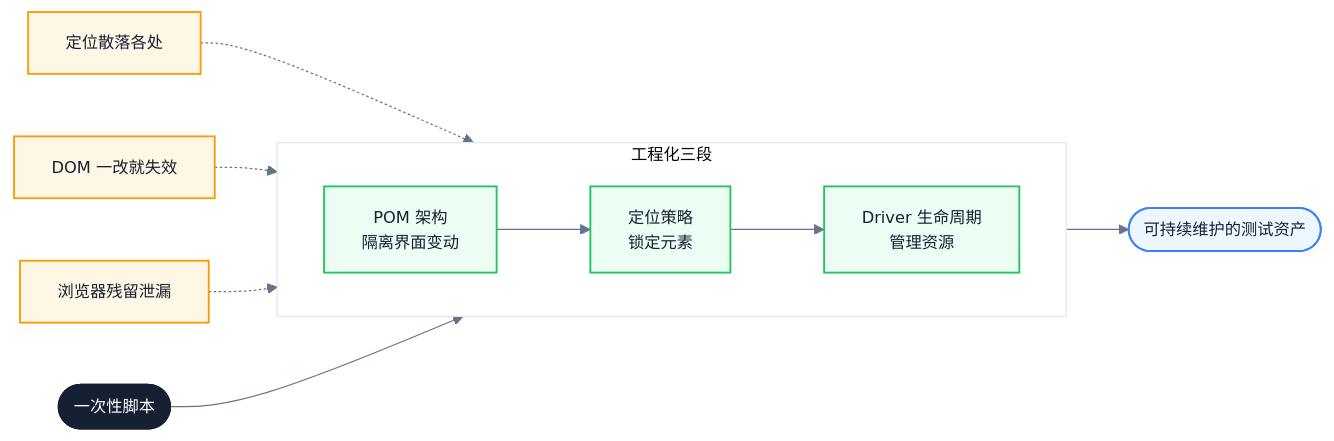
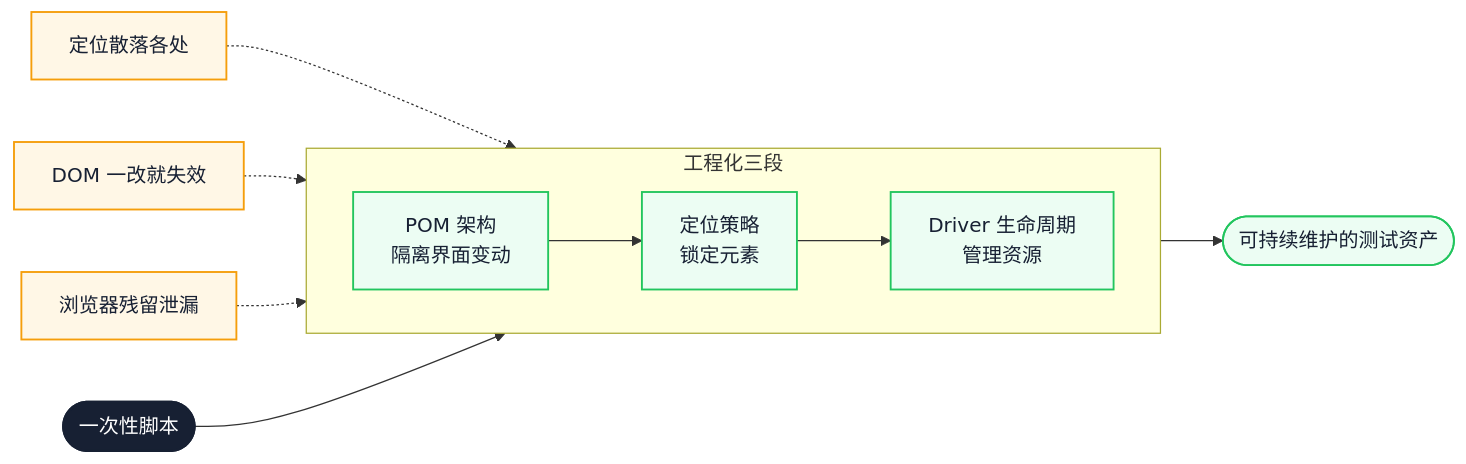
Before and after one commit to Fatejian/frontier-vault: the first of 4 diagrams in docs/testing/python-automation-testing-core-concepts.md, drawn with Mermaid. The commit also changed other lines of this file and 41 other files, not shown here.

````diff
--- a/docs/testing/python-automation-testing-core-concepts.md
+++ b/docs/testing/python-automation-testing-core-concepts.md
@@ -58,31 +56,28 @@
 ```mermaid
-%%{init: {'theme': 'base', 'themeVariables': {'fontFamily': 'Inter, PingFang SC, Microsoft YaHei, sans-serif', 'primaryColor': '#F8FAFC', 'primaryTextColor': '#172033', 'primaryBorderColor': '#CBD5E1', 'lineColor': '#64748B', 'fontSize': '13px'}}}%%
 flowchart LR
     Start([一次性脚本])
 
     subgraph Pipeline[工程化三段]
         direction LR
         S1["POM 架构<br/>隔离界面变动"]
         S2["定位策略<br/>锁定元素"]
         S3["Driver 生命周期<br/>管理资源"]
         S1 --> S2 --> S3
     end
 
     End([可持续维护的测试资产])
 
     Start --> Pipeline --> End
 
     P1["定位散落各处"] -.-> S1
     P2["DOM 一改就失效"] -.-> S2
     P3["浏览器残留泄漏"] -.-> S3
 
-    classDef start fill:#172033,color:#fff,stroke:#172033,stroke-width:2px
+    classDef core fill:#172033,color:#fff,stroke:#172033,stroke-width:2px
     classDef work fill:#ECFDF3,stroke:#22C55E,color:#172033,stroke-width:1.5px
     classDef block fill:#FFF7E6,stroke:#F59E0B,color:#172033,stroke-width:1.5px
-    classDef wait fill:#EEF6FF,stroke:#3B82F6,color:#172033,stroke-width:1.5px
 
-    class Start start
-    class S1,S2,S3 work
+    class Start core
+    class S1,S2,S3,End work
     class P1,P2,P3 block
-    class End wait
 ```
````
